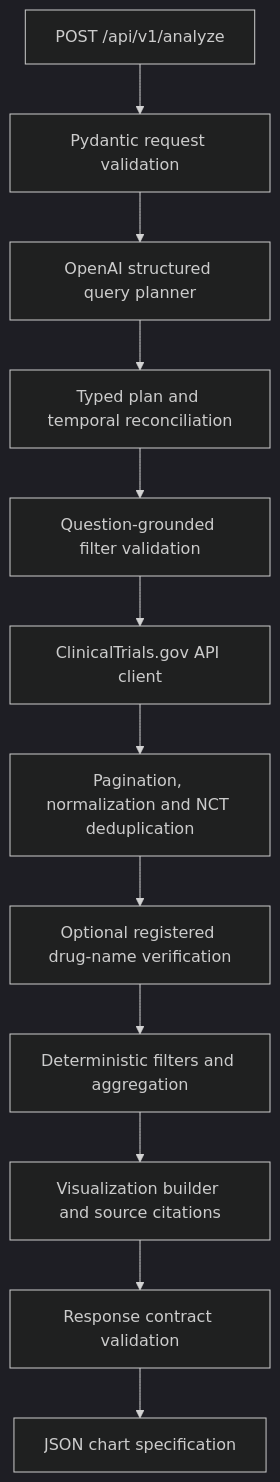
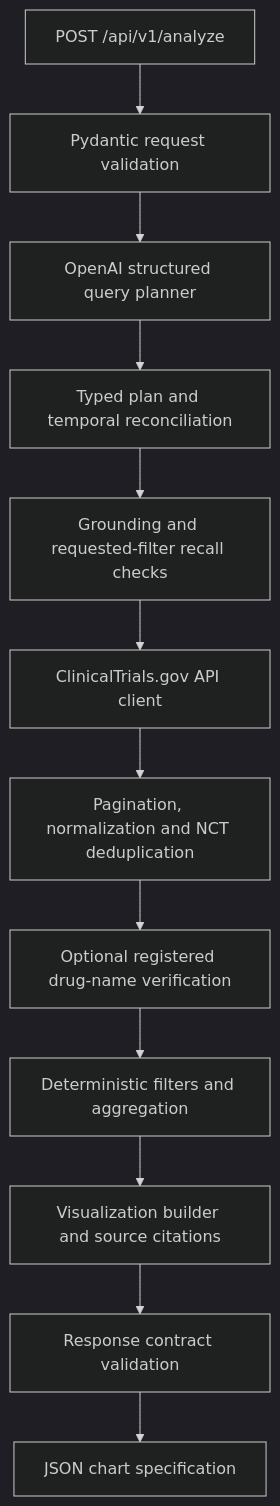
Before and after one commit to rafigmammadov/clinical-trials-ai-agent: the diagram in README.md, drawn with Mermaid (dark theme). The commit also changed other lines of this file, not shown here.

Commit message:
docs(readme): document grounded query planning

````diff
--- a/README.md
+++ b/README.md
@@ -9,14 +9,14 @@
 ```mermaid
 flowchart TD
     A[POST /api/v1/analyze] --> B[Pydantic request validation]
     B --> C[OpenAI structured query planner]
     C --> D[Typed plan and temporal reconciliation]
-    D --> Q[Question-grounded filter validation]
+    D --> Q[Grounding and requested-filter recall checks]
     Q --> E[ClinicalTrials.gov API client]
     E --> F[Pagination, normalization and NCT deduplication]
     F --> G[Optional registered drug-name verification]
     G --> K[Deterministic filters and aggregation]
     K --> H[Visualization builder and source citations]
     H --> I[Response contract validation]
     I --> J[JSON chart specification]
 ```
````
